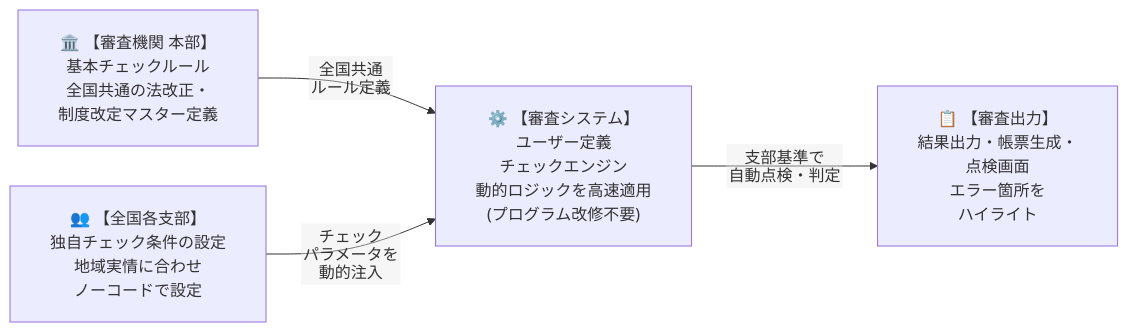
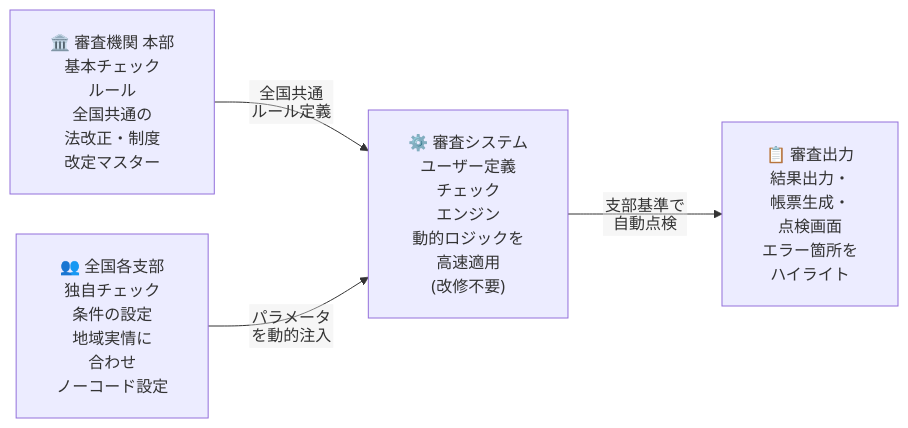
The third of 4 diagrams in README.md (imo96/service-planning-architecture-portfolio), drawn with Mermaid before and after one commit. The commit also changed other lines of this file, not shown here.

First line of the commit message:
Mermaid図: 1行の文字数をさらに減らし見切れを解消

````diff
--- a/README.md
+++ b/README.md
@@ -131,12 +131,12 @@
 ```mermaid
 %%{init: {"flowchart": {"htmlLabels": false, "padding": 20, "nodeSpacing": 40, "rankSpacing": 70}}}%%
 flowchart LR
-    H["🏛️ 【審査機関 本部】<br>基本チェックルール<br>全国共通の法改正・<br>制度改定マスター定義"]
-    B["👥 【全国各支部】<br>独自チェック条件の設定<br>地域実情に合わせ<br>ノーコードで設定"]
-    E["⚙️ 【審査システム】<br>ユーザー定義<br>チェックエンジン<br>動的ロジックを高速適用<br>(プログラム改修不要)"]
-    O["📋 【審査出力】<br>結果出力・帳票生成・<br>点検画面<br>エラー箇所を<br>ハイライト"]
+    H["🏛️ 審査機関 本部<br>基本チェック<br>ルール<br>全国共通の<br>法改正・制度<br>改定マスター"]
+    B["👥 全国各支部<br>独自チェック<br>条件の設定<br>地域実情に<br>合わせ<br>ノーコード設定"]
+    E["⚙️ 審査システム<br>ユーザー定義<br>チェック<br>エンジン<br>動的ロジックを<br>高速適用<br>(改修不要)"]
+    O["📋 審査出力<br>結果出力・<br>帳票生成・<br>点検画面<br>エラー箇所を<br>ハイライト"]
 
     H -->|"全国共通<br>ルール定義"| E
-    B -->|"チェック<br>パラメータを<br>動的注入"| E
-    E -->|"支部基準で<br>自動点検・判定"| O
+    B -->|"パラメータ<br>を動的注入"| E
+    E -->|"支部基準で<br>自動点検"| O
 ```
````
